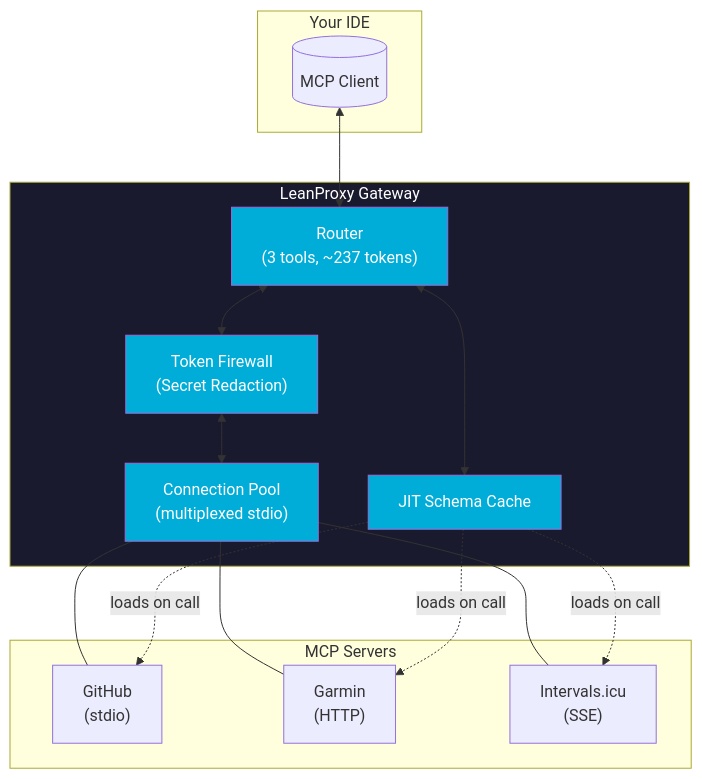
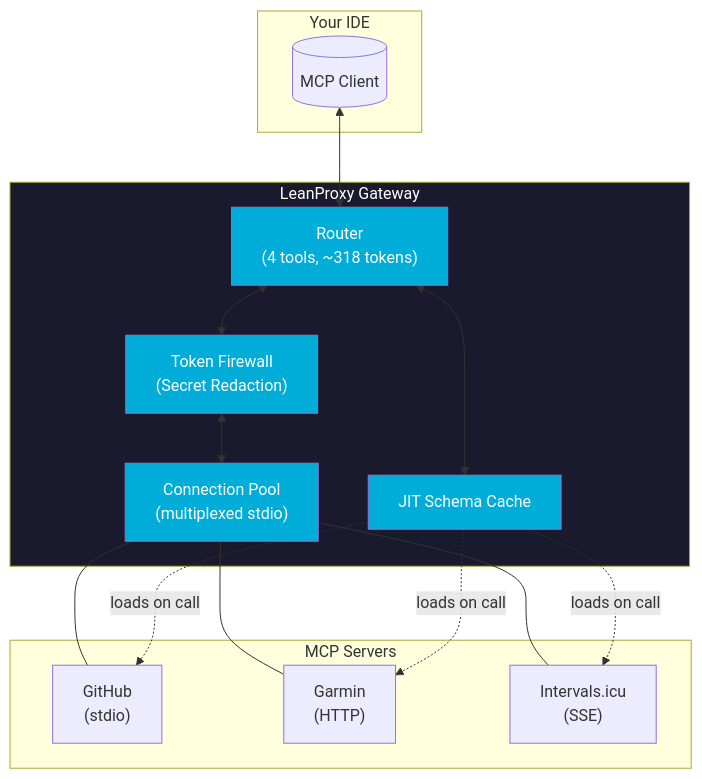
Before and after one commit to mmornati/leanproxy-mcp: the third of 3 diagrams in README.md, drawn with Mermaid. The commit also changed other lines of this file and 8 other files, not shown here.

````diff
--- a/README.md
+++ b/README.md
@@ -219,38 +220,38 @@
 ```mermaid
 flowchart TB
     subgraph IDE["Your IDE"]
         Client[(MCP Client)]
     end
 
     subgraph Gateway["LeanProxy Gateway"]
-        Router["Router<br/>(3 tools, ~237 tokens)"]
+        Router["Router<br/>(4 tools, ~318 tokens)"]
         JIT["JIT Schema Cache"]
         Firewall["Token Firewall<br/>(Secret Redaction)"]
         Pool["Connection Pool<br/>(multiplexed stdio)"]
     end
 
     subgraph Servers["MCP Servers"]
         GH["GitHub<br/>(stdio)"]
         Garmin["Garmin<br/>(HTTP)"]
         Intervals["Intervals.icu<br/>(SSE)"]
     end
 
     Client <--> Router
     Router <--> JIT
     Router <--> Firewall
     Firewall <--> Pool
 
     Pool --- GH
     Pool --- Garmin
     Pool --- Intervals
 
     JIT -.->|"loads on call"| GH
     JIT -.->|"loads on call"| Garmin
     JIT -.->|"loads on call"| Intervals
 
     style Gateway fill:#1a1a2e,color:#fff
     style Router fill:#00ADD8,color:#fff
     style JIT fill:#00ADD8,color:#fff
     style Firewall fill:#00ADD8,color:#fff
     style Pool fill:#00ADD8,color:#fff
 ```
````
